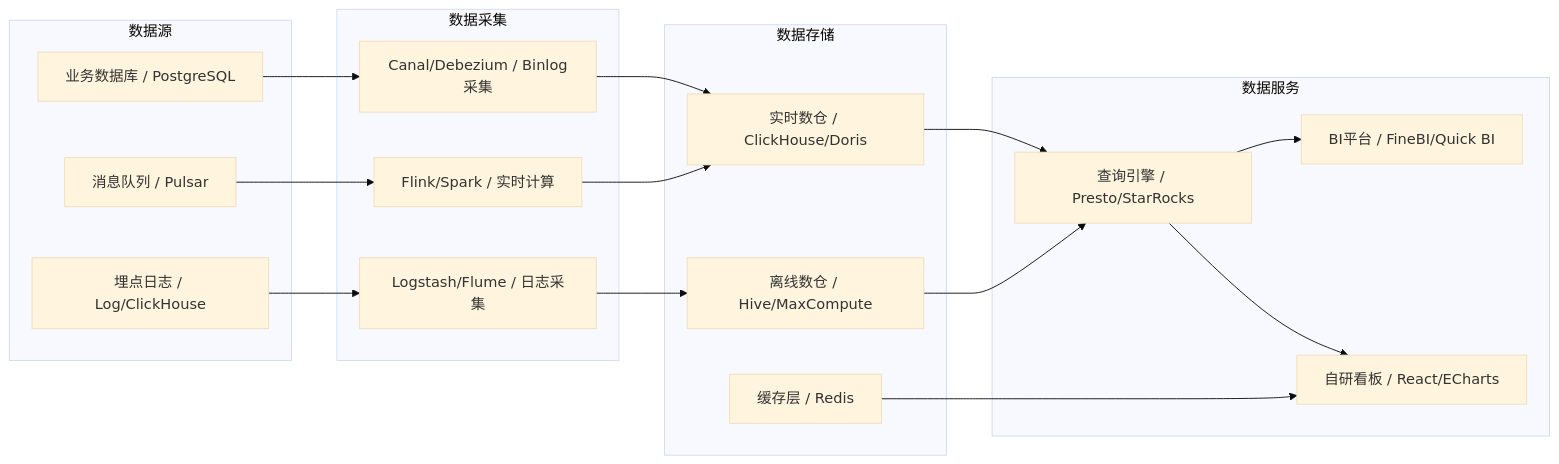
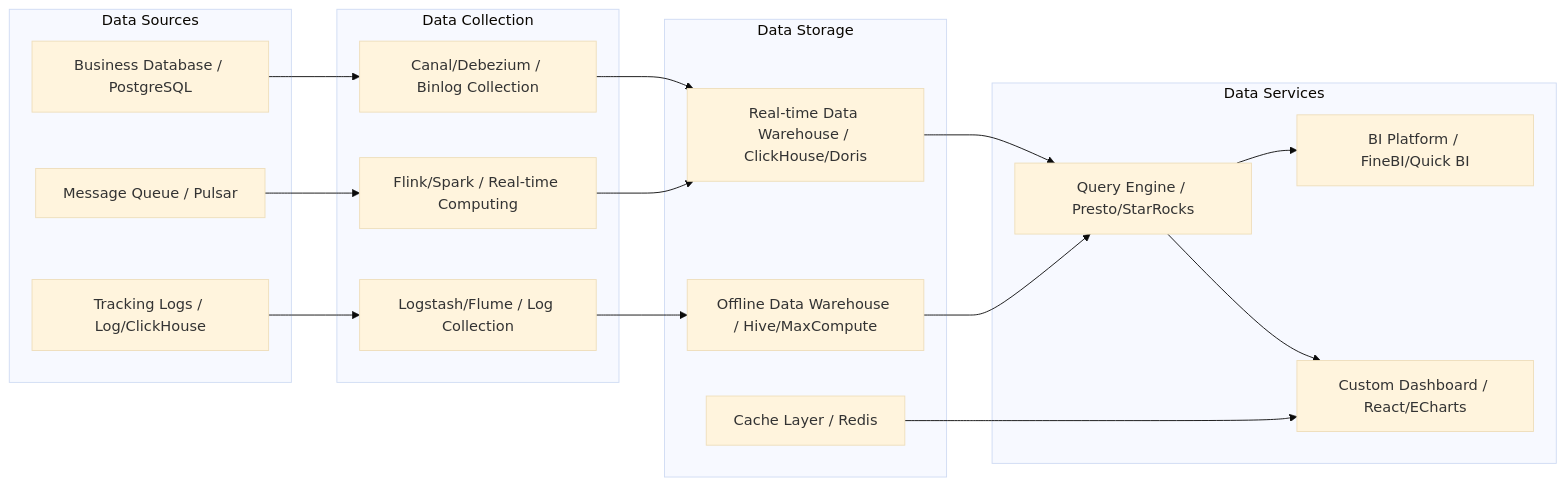
The ninth of 9 diagrams in templates/产品/运营层/【模板】数据看板.md (Kirky-X/cangjie), drawn with Mermaid (base theme) before and after one commit. The commit also changed other lines of this file and 60 other files, not shown here.

````diff
--- a/templates/产品/运营层/【模板】数据看板.md
+++ b/templates/产品/运营层/【模板】数据看板.md
@@ -468,37 +450,35 @@
 ```mermaid
-
-
 flowchart LR
-    subgraph "数据源"
-        S1["业务数据库 / PostgreSQL"]
-        S2["消息队列 / Pulsar"]
-        S3["埋点日志 / Log/ClickHouse"]
+    subgraph "Data Sources"
+        S1["Business Database / PostgreSQL"]
+        S2["Message Queue / Pulsar"]
+        S3["Tracking Logs / Log/ClickHouse"]
     end
 
-    subgraph "数据采集"
-        C1["Canal/Debezium / Binlog采集"]
-        C2["Flink/Spark / 实时计算"]
-        C3["Logstash/Flume / 日志采集"]
+    subgraph "Data Collection"
+        C1["Canal/Debezium / Binlog Collection"]
+        C2["Flink/Spark / Real-time Computing"]
+        C3["Logstash/Flume / Log Collection"]
     end
 
-    subgraph "数据存储"
-        D1["实时数仓 / ClickHouse/Doris"]
-        D2["离线数仓 / Hive/MaxCompute"]
-        D3["缓存层 / Redis"]
+    subgraph "Data Storage"
+        D1["Real-time Data Warehouse / ClickHouse/Doris"]
+        D2["Offline Data Warehouse / Hive/MaxCompute"]
+        D3["Cache Layer / Redis"]
     end
 
-    subgraph "数据服务"
-        V1["查询引擎 / Presto/StarRocks"]
-        V2["BI平台 / FineBI/Quick BI"]
-        V3["自研看板 / React/ECharts"]
+    subgraph "Data Services"
+        V1["Query Engine / Presto/StarRocks"]
+        V2["BI Platform / FineBI/Quick BI"]
+        V3["Custom Dashboard / React/ECharts"]
     end
 
     S1 --> C1 --> D1
     S2 --> C2 --> D1
     S3 --> C3 --> D2
     D1 --> V1
     D2 --> V1
     V1 --> V2
     V1 --> V3
     D3 --> V3
 ```
````
